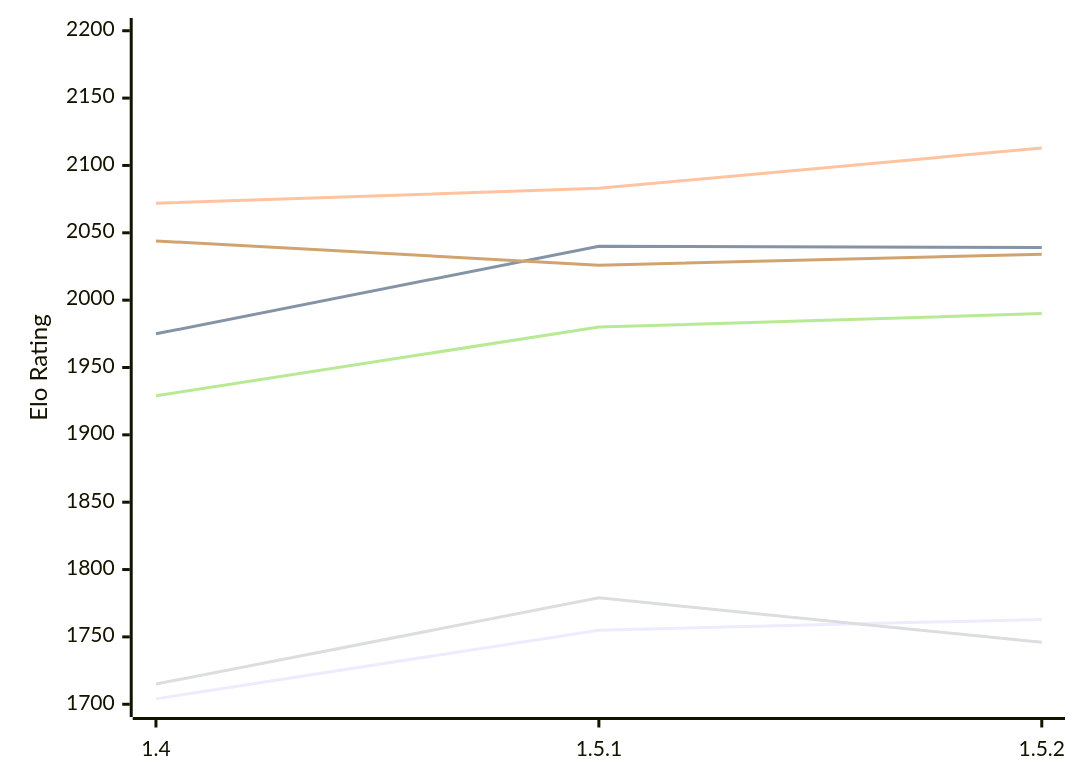
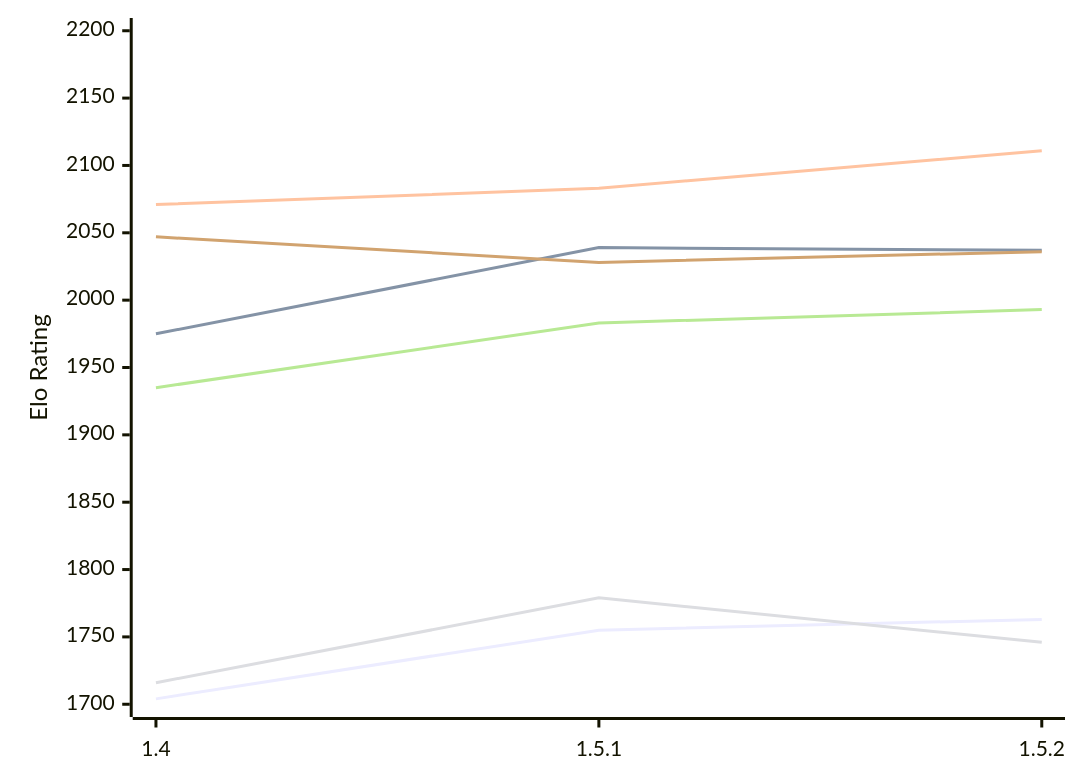
One commit to computer-chess-index/cci changed the diagram in engines/Jace.md. Above: the diagram before and after it, drawn with Mermaid. The commit also changed other lines of this file, not shown here.

Commit message:
Update CCI Ratings (ELO VLTC) - 2026-11-28

````diff
--- a/engines/Jace.md
+++ b/engines/Jace.md
@@ -51,12 +51,12 @@
 ```mermaid
 %%{init: {"theme":"base","themeVariables":{"seriesColors:['#a3a3a3','#222221','#faa371']}}}%%
 xychart-beta
   x-axis ["1.4", "1.5.1", "1.5.2"]
   y-axis "Elo Rating" 1700 --> 2200
   line "E1: STC (8.0+0.08s)" [1704, 1755, 1763]
-  line "E1: LTC (60.0+0.60s)" [1975, 2040, 2039]
-  line "E1: VLTC (2m24s+1.12s)" [2072, 2083, 2113]
-  line "P1: STC (8.0+0.08s)" [1715, 1779, 1746]
-  line "P1: LTC (60.0+0.60s)" [1929, 1980, 1990]
-  line "P1: VLTC (2m24s+1.12s)" [2044, 2026, 2034]
+  line "E1: LTC (60.0+0.60s)" [1975, 2039, 2037]
+  line "E1: VLTC (2m24s+1.12s)" [2071, 2083, 2111]
+  line "P1: STC (8.0+0.08s)" [1716, 1779, 1746]
+  line "P1: LTC (60.0+0.60s)" [1935, 1983, 1993]
+  line "P1: VLTC (2m24s+1.12s)" [2047, 2028, 2036]
 ```
````
